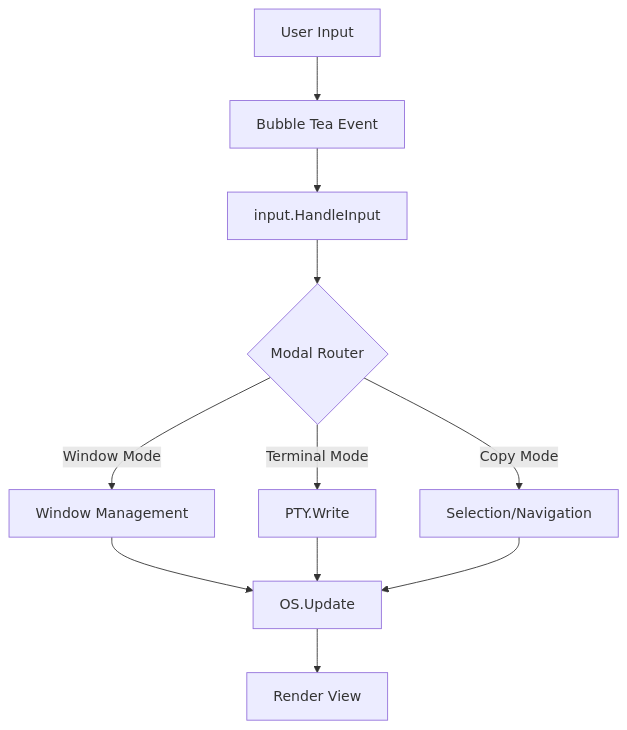
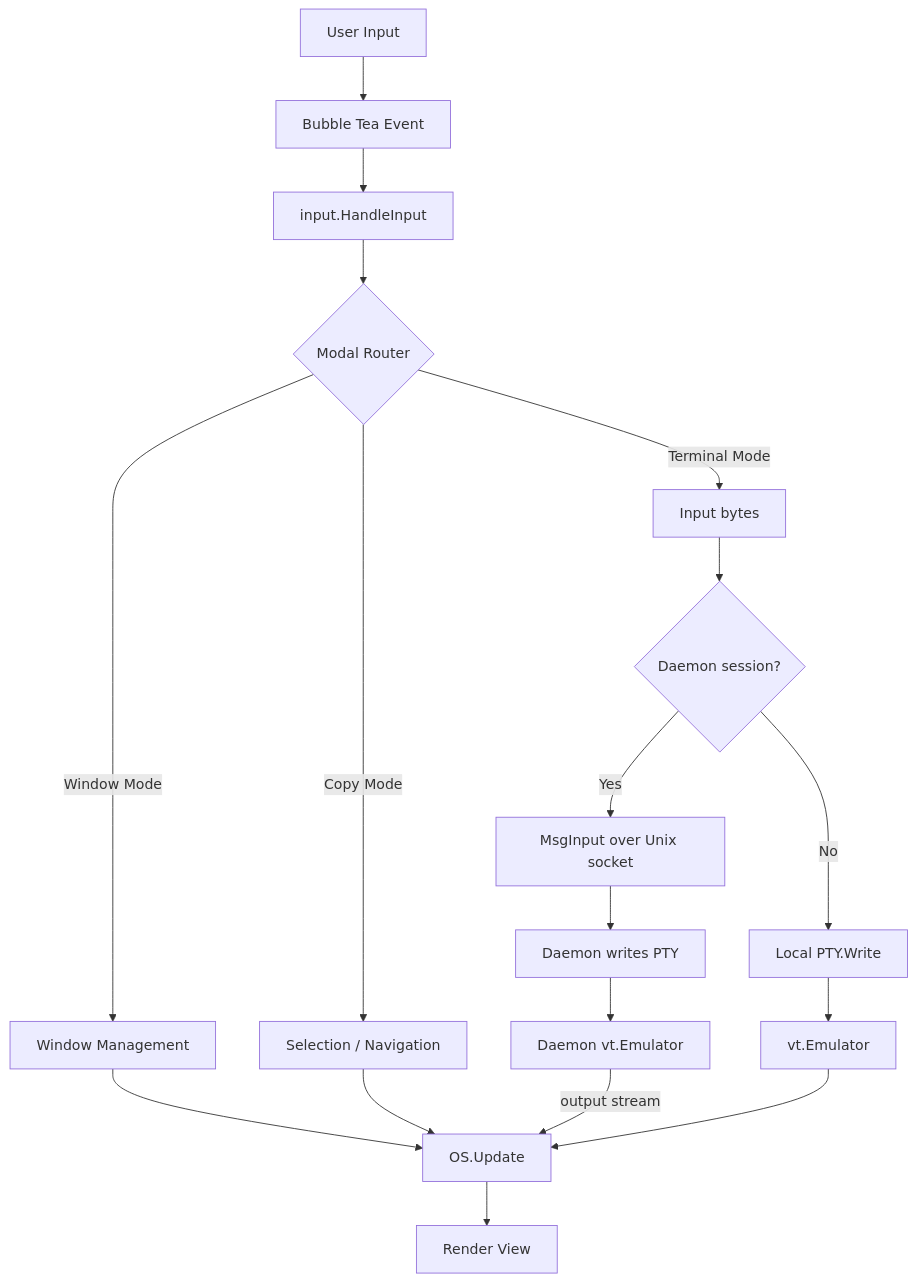
Before and after one commit to Gaurav-Gosain/tuios-docs: the second of 3 diagrams in content/docs/architecture.mdx, drawn with Mermaid. The commit also changed other lines of this file and 16 other files, not shown here.

````diff
--- a/content/docs/architecture.mdx
+++ b/content/docs/architecture.mdx
@@ -218,13 +301,20 @@
 ```mermaid
 graph TD
     A[User Input] --> B[Bubble Tea Event]
     B --> C[input.HandleInput]
     C --> D{Modal Router}
     D -->|Window Mode| E[Window Management]
-    D -->|Terminal Mode| F[PTY.Write]
-    D -->|Copy Mode| G[Selection/Navigation]
+    D -->|Terminal Mode| F[Input bytes]
+    D -->|Copy Mode| G[Selection / Navigation]
     E --> H[OS.Update]
-    F --> H
     G --> H
-    H --> I[Render View]
+    F --> I{Daemon session?}
+    I -->|Yes| J[MsgInput over Unix socket]
+    I -->|No| K[Local PTY.Write]
+    J --> L[Daemon writes PTY]
+    K --> M[vt.Emulator]
+    L --> N[Daemon vt.Emulator]
+    N -->|output stream| H
+    M --> H
+    H --> O[Render View]
 ```
````
